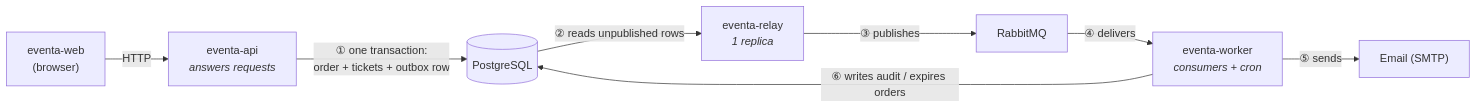
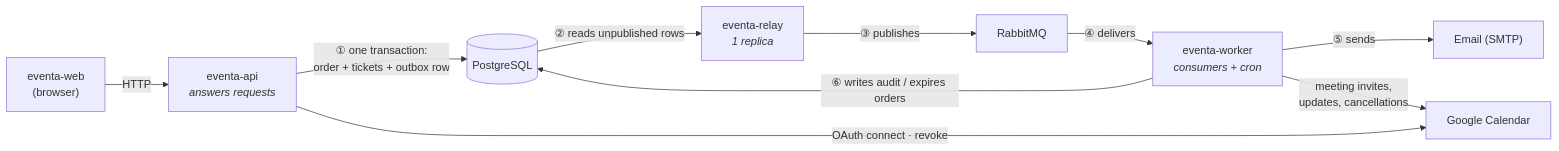
Before and after one commit to kaungkhantdev/eventa-docs: the diagram in 04-architecture/how-services-connect.md, drawn with Mermaid. The commit also changed other lines of this file, not shown here.

First line of the commit message:
docs(architecture): how the services reach Google Calendar (US-MTG-04, US-MTG-08)

````diff
--- a/04-architecture/how-services-connect.md
+++ b/04-architecture/how-services-connect.md
@@ -21,18 +21,21 @@
 ```mermaid
 flowchart LR
     web["eventa-web<br/>(browser)"]
     api["eventa-api<br/><i>answers requests</i>"]
     db[("PostgreSQL")]
     relay["eventa-relay<br/><i>1 replica</i>"]
     mq["RabbitMQ"]
     worker["eventa-worker<br/><i>consumers + cron</i>"]
     smtp["Email (SMTP)"]
+    google["Google Calendar"]
 
     web -- "HTTP" --> api
     api -- "① one transaction:<br/>order + tickets + outbox row" --> db
     db -- "② reads unpublished rows" --> relay
     relay -- "③ publishes" --> mq
     mq -- "④ delivers" --> worker
     worker -- "⑤ sends" --> smtp
     worker -- "⑥ writes audit / expires orders" --> db
+    worker -- "meeting invites,<br/>updates, cancellations" --> google
+    api -- "OAuth connect · revoke" --> google
 ```
````
